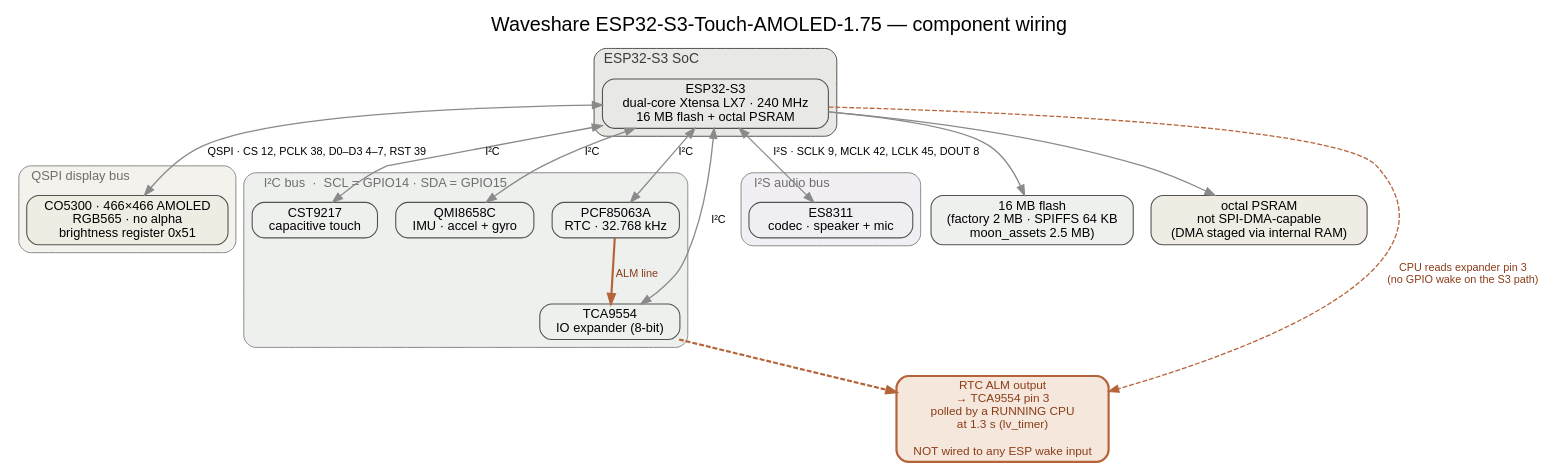
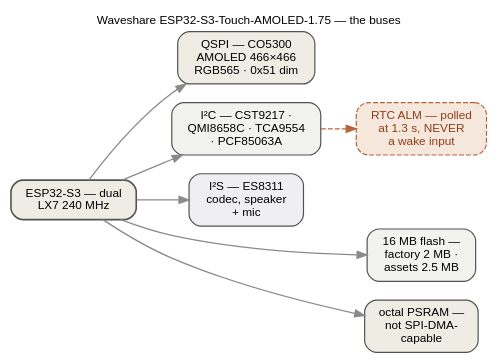
Before and after one commit to ukos-git/moon-clock-esp: the diagram in docs/_graphs/s3-wiring.dot, drawn with Graphviz. The commit also changed 104 other files, not shown here.

```diff
--- a/docs/_graphs/s3-wiring.dot
+++ b/docs/_graphs/s3-wiring.dot
@@ -1,73 +1,41 @@
-digraph S3 {
-    label="Waveshare ESP32-S3-Touch-AMOLED-1.75 — component wiring";
-    labelloc="t";
-    fontname="Helvetica"; fontsize=20;
-    node [fontname="Helvetica", fontsize=13, style="rounded,filled",
-          shape=box, width=1.7, height=0.5,
-          fillcolor="#f2f2ef", color="#525252", penwidth=1.1];
-    edge [fontname="Helvetica", fontsize=11, color="#8a8a8a", penwidth=1.3];
+// The S3 board as a black box — one sealed box per bus, the SoC on
+// its own. Every pin number lives in the detail sketches, never here:
+//   s3-wiring-bus.dot   the three buses with their GPIO numbers and
+//                       the four I²C members, ALM line included
+//   s3-wiring-wake.dot  the RTC ALM -> expander -> CPU-poll path and
+//                       the absence of any wake input
+// Facts kept verbatim from the Waveshare datasheet pin map (the table
+// on this page is the complete reference, incl. the un-used GPS/EXIO
+// lines and the 1-bit SPI SD socket on GPIO 1/2/3/41).
+// FONTS: 12 pt = the page's 16 px body text at 1:1 — kept inside the
+// content column.
+// Rendered inline as SVG by sphinx.ext.graphviz (dot on PATH).
+digraph s3_wiring {
+    rankdir=LR;
+    label="Waveshare ESP32-S3-Touch-AMOLED-1.75 — the buses";
+    labelloc="t"; labeljust="c";
+    fontname="Helvetica"; fontsize=12;
+    graph [nodesep=0.26, ranksep=0.5];
+    node [fontname="Helvetica", fontsize=12, shape=box, style="rounded,filled",
+          width=0, height=0, margin="0.16,0.10", fillcolor="#f2f2ef",
+          color="#525252", penwidth=1.2];
+    edge [fontname="Helvetica", fontsize=12, color="#8a8a8a", penwidth=1.3];
 
-    subgraph cluster_soc {
-        label="ESP32-S3 SoC";
-        labeljust="l";
-        style="rounded,filled";
-        fillcolor="#e8e8e4";
-        color="#525252";
-        fontsize=14; fontcolor="#3c3c3c";
-        s3 [label="ESP32-S3\ndual-core Xtensa LX7 · 240 MHz\n16 MB flash + octal PSRAM", fillcolor="#e8e8e4"];
-    }
+    s3 [label="ESP32-S3 — dual\nLX7 240 MHz", fillcolor="#efece4", penwidth=1.6];
+    qspi [label="QSPI — CO5300\nAMOLED 466×466\nRGB565 · 0x51 dim", fillcolor="#efece4"];
+    i2c [label="I²C — CST9217 ·\nQMI8658C · TCA9554\n· PCF85063A"];
+    i2s [label="I²S — ES8311\ncodec, speaker\n+ mic", fillcolor="#efeef2"];
+    mem [label="16 MB flash —\nfactory 2 MB ·\nassets 2.5 MB"];
+    psram [label="octal PSRAM —\nnot SPI-DMA-\ncapable", fillcolor="#efece4"];
+    wake [label="RTC ALM — polled\nat 1.3 s, NEVER\na wake input",
+          fillcolor="#f6e7dc", color="#b5643a", fontcolor="#8a3d18",
+          style="rounded,filled,dashed"];
 
-    subgraph cluster_qspi {
-        label="QSPI display bus";
-        labeljust="l";
-        style="rounded,filled";
-        fillcolor="#f4f2ec";
-        color="#8a8a8a";
-        fontsize=13; fontcolor="#6e6e6e";
-        co5300 [label="CO5300 · 466×466 AMOLED\nRGB565 · no alpha\nbrightness register 0x51", fillcolor="#efece4"];
-    }
-
-    subgraph cluster_i2c {
-        label="I²C bus  ·  SCL = GPIO14 · SDA = GPIO15";
-        labeljust="l";
-        style="rounded,filled";
-        fillcolor="#eef0ee";
-        color="#8a8a8a";
-        fontsize=13; fontcolor="#6e6e6e";
-        cst9217 [label="CST9217\ncapacitive touch", fillcolor="#eef0ee"];
-        qmi8658 [label="QMI8658C\nIMU · accel + gyro", fillcolor="#eef0ee"];
-        tca9554 [label="TCA9554\nIO expander (8-bit)", fillcolor="#eef0ee"];
-        pcf85063 [label="PCF85063A\nRTC · 32.768 kHz", fillcolor="#eef0ee"];
-    }
-
-    subgraph cluster_i2s {
-        label="I²S audio bus";
-        labeljust="l";
-        style="rounded,filled";
-        fillcolor="#f1eff3";
-        color="#8a8a8a";
-        fontsize=13; fontcolor="#6e6e6e";
-        es8311 [label="ES8311\ncodec · speaker + mic", fillcolor="#efeef2"];
-    }
-
-    flash [label="16 MB flash\n(factory 2 MB · SPIFFS 64 KB\nmoon_assets 2.5 MB)", fillcolor="#eef0ee"];
-    psram [label="octal PSRAM\nnot SPI-DMA-capable\n(DMA staged via internal RAM)", fillcolor="#efece4"];
-
-    /* the wake-up problem, called out explicitly */
-    not_wake [label="RTC ALM output\n→ TCA9554 pin 3\npolled by a RUNNING CPU\nat 1.3 s (lv_timer)\n\nNOT wired to any ESP wake input",
-              fillcolor="#f6e7dc", color="#b5643a", penwidth=2.2,
-              fontcolor="#8a3d18", fontsize=12];
-
-    s3  -> flash   [label=""];
-    s3  -> psram   [label=""];
-    s3  -> co5300  [label="QSPI · CS 12, PCLK 38, D0–D3 4–7, RST 39", dir=both];
-    s3  -> cst9217 [label="I²C", dir=both];
-    s3  -> qmi8658 [label="I²C", dir=both];
-    s3  -> tca9554 [label="I²C", dir=both];
-    s3  -> pcf85063[label="I²C", dir=both];
-    s3  -> es8311  [label="I²S · SCLK 9, MCLK 42, LCLK 45, DOUT 8", dir=both];
-
-    pcf85063 -> tca9554 [label="ALM line", color="#b5643a", penwidth=2.2, style=bold, fontcolor="#8a3d18"];
-    tca9554  -> not_wake [color="#b5643a", penwidth=2.2, style=dashed, fontcolor="#8a3d18"];
-    s3 -> not_wake [label="CPU reads expander pin 3\n(no GPIO wake on the S3 path)", style=dashed, color="#b5643a", fontcolor="#8a3d18"];
+    s3 -> qspi;
+    s3 -> i2c;
+    s3 -> i2s;
+    s3 -> mem;
+    s3 -> psram;
+    i2c -> wake [color="#b5643a", style=dashed];
+    { rank=sink; mem; psram; wake; }
 }
```
